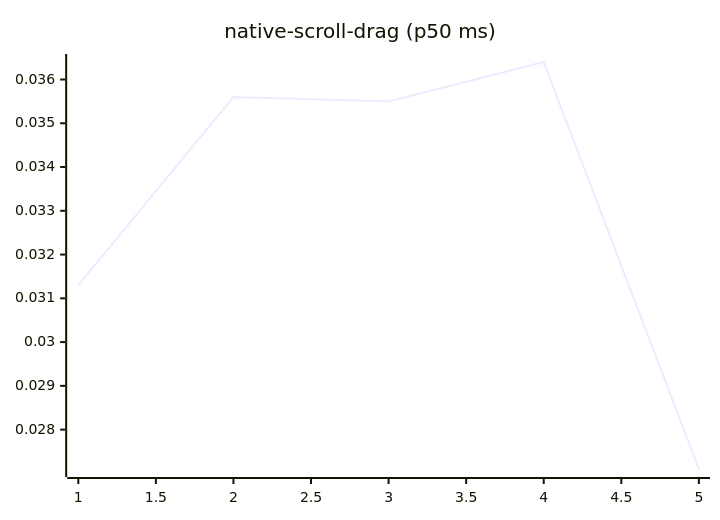
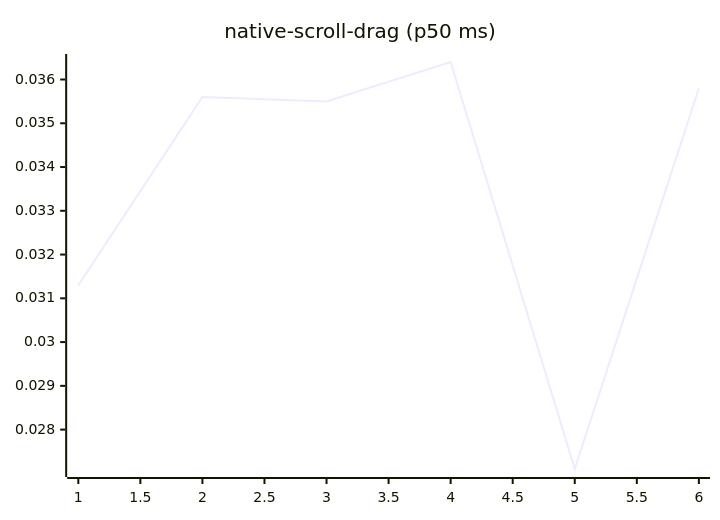
Before and after one commit to josha/Facet: diagram 14 of 27 in README.md, drawn with Mermaid. The commit also changed other lines of this file and 2 other files, not shown here.

````diff
--- a/README.md
+++ b/README.md
@@ -154,6 +154,6 @@
 ```mermaid
 xychart-beta
     title "native-scroll-drag (p50 ms)"
-    x-axis 1 --> 5
-    line [0.0313, 0.0356, 0.0355, 0.0364, 0.0271]
+    x-axis 1 --> 6
+    line [0.0313, 0.0356, 0.0355, 0.0364, 0.0271, 0.0358]
 ```
````
